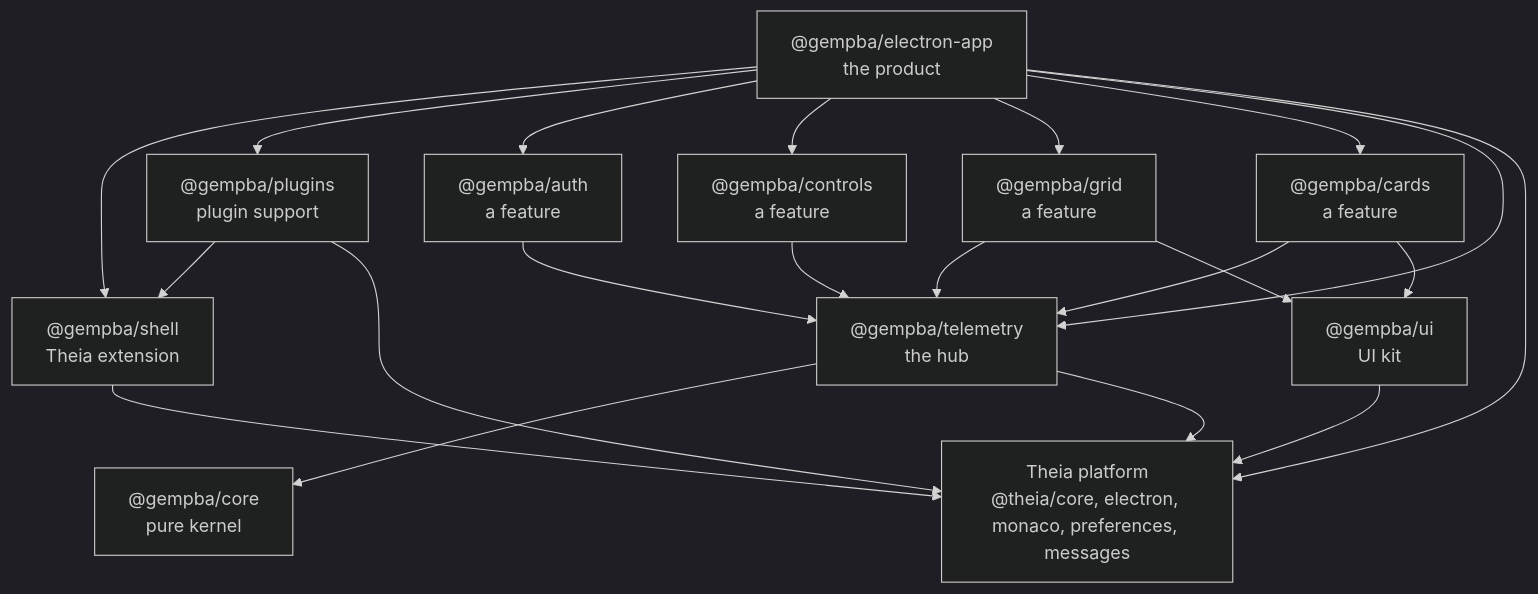
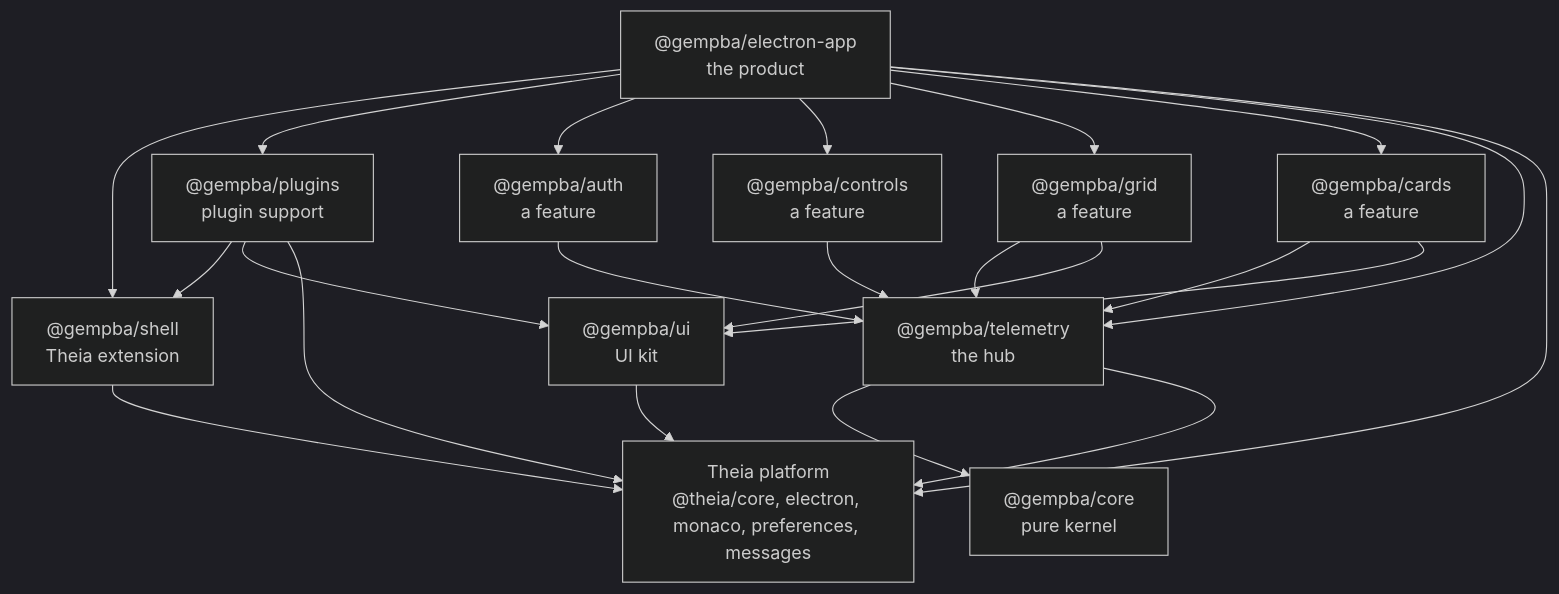
One commit to rapastranac/gempba-dashboard changed the second of 3 diagrams in ARCHITECTURE.md. Above: the diagram before and after it, drawn with Mermaid (dark theme). The commit also changed other lines of this file and 12 other files, not shown here.

````diff
--- a/ARCHITECTURE.md
+++ b/ARCHITECTURE.md
@@ -74,34 +74,35 @@
 ```mermaid
 flowchart TB
     app["@gempba/electron-app<br/>the product"]
     shell["@gempba/shell<br/>Theia extension"]
     plugins["@gempba/plugins<br/>plugin support"]
     telemetry["@gempba/telemetry<br/>the hub"]
     auth["@gempba/auth<br/>a feature"]
     controls["@gempba/controls<br/>a feature"]
     grid["@gempba/grid<br/>a feature"]
     cards["@gempba/cards<br/>a feature"]
     ui["@gempba/ui<br/>UI kit"]
     core["@gempba/core<br/>pure kernel"]
     theia["Theia platform<br/>@theia/core, electron, monaco, preferences, messages"]
     app --> shell
     app --> plugins
     app --> auth
     app --> controls
     app --> grid
     app --> cards
     app --> telemetry
     app --> theia
     auth --> telemetry
     controls --> telemetry
     grid --> telemetry
     grid --> ui
     cards --> telemetry
     cards --> ui
     ui --> theia
     shell --> theia
     plugins --> shell
+    plugins --> ui
     plugins --> theia
     telemetry --> core
     telemetry --> theia
 ```
````
